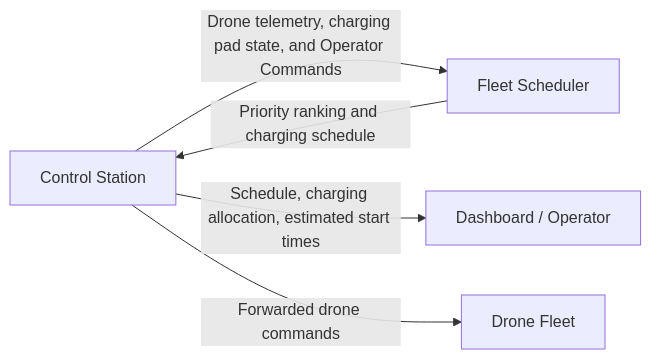
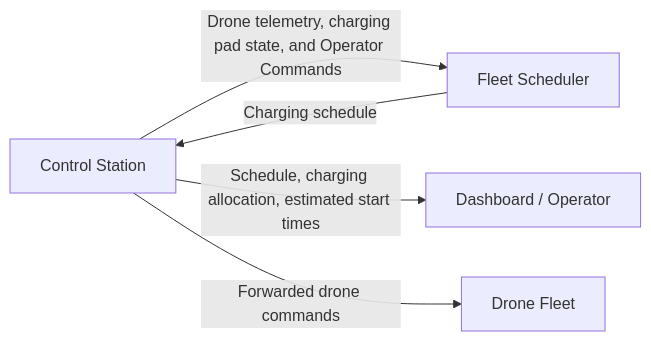
The first of 2 diagrams in README.md (Capstone-DRONE21/fleet_scheduler), drawn with Mermaid before and after one commit. The commit also changed other lines of this file, not shown here.

````diff
--- a/README.md
+++ b/README.md
@@ -69,10 +80,10 @@
 ```mermaid
 flowchart LR
     CS[Control Station]
     FS[Fleet Scheduler]
 
-    CS -->|Drone telemetry, charging pad state, and Operator Commands | FS
-    FS -->|Priority ranking and charging schedule| CS
+    CS -->|Drone telemetry, charging pad state, and Operator Commands| FS
+    FS -->|Charging schedule| CS
     CS -->|Schedule, charging allocation, estimated start times| OUT[Dashboard / Operator]
     CS -->|Forwarded drone commands| D[Drone Fleet]
 ```
````
